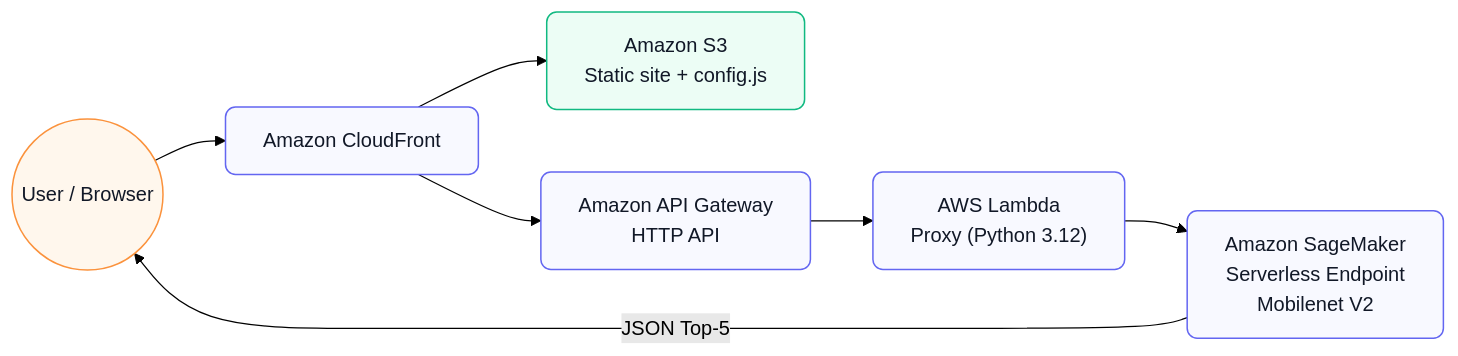
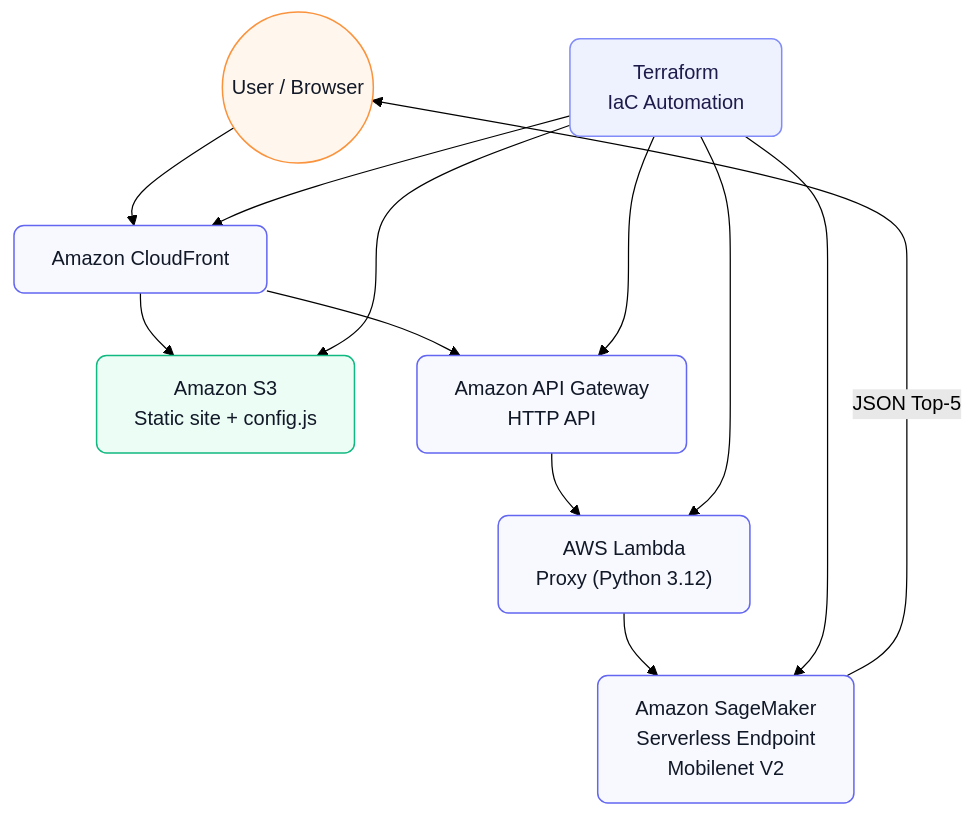
The diagram in README.md (rusets/ml-sagemaker-serverless), drawn with Mermaid (forest theme) before and after one commit. The commit also changed other lines of this file, not shown here.

Commit message:
docs: update architecture diagram with Terraform layer and remove docs folder

````diff
--- a/README.md
+++ b/README.md
@@ -25,14 +25,19 @@
 ```mermaid
-flowchart LR
+flowchart TD
   classDef svc fill:#f8f9ff,stroke:#6366f1,stroke-width:1.2,rx:8,ry:8,color:#111827
   classDef ext fill:#fff7ed,stroke:#fb923c,stroke-width:1.2,rx:8,ry:8,color:#111827
   classDef data fill:#ecfdf5,stroke:#10b981,stroke-width:1.2,rx:8,ry:8,color:#111827
+  classDef infra fill:#eef2ff,stroke:#818cf8,stroke-width:1.2,rx:8,ry:8,color:#1e1b4b
 
   user((User / Browser)):::ext --> cf["Amazon CloudFront"]:::svc
   cf --> s3["Amazon S3<br/>Static site + config.js"]:::data
-
   cf --> apigw["Amazon API Gateway<br/>HTTP API"]:::svc
   apigw --> lam["AWS Lambda<br/>Proxy (Python 3.12)"]:::svc
   lam --> sm["Amazon SageMaker<br/>Serverless Endpoint<br/>Mobilenet V2"]:::svc
-  sm -->|JSON Top‑5| user
+  sm -->|JSON Top-5| user
+  tf["Terraform<br/>IaC Automation"]:::infra --> cf
+  tf --> apigw
+  tf --> lam
+  tf --> sm
+  tf --> s3
 ```
````
